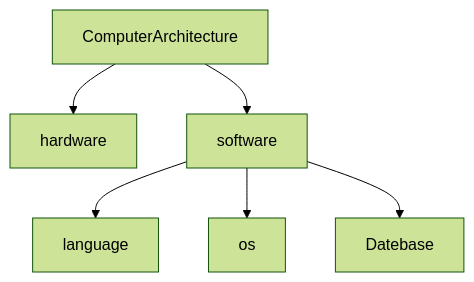
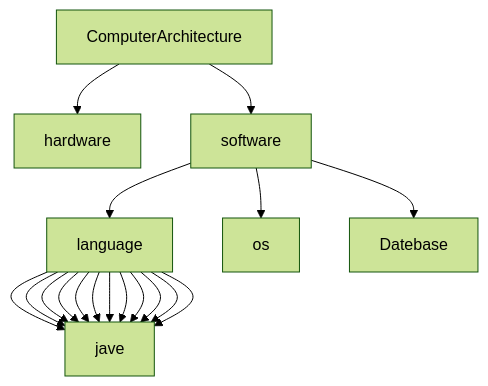
Before and after one commit to qmarsun/computer: the diagram in computer1.md, drawn with Mermaid (forest theme). The commit also changed other lines of this file, not shown here.

````diff
--- a/computer1.md
+++ b/computer1.md
@@ -1,10 +1,22 @@
 ```mermaid
 graph TD;
     ComputerArchitecture-->hardware;
     ComputerArchitecture-->software;
     
     software-->language;
     software-->os;
     software-->Datebase;
-    
-```
+    language-->jave
+    language-->jave
+    language-->jave
+    language-->jave
+    language-->jave
+    language-->jave
+
+    language-->jave
+    language-->jave
+    language-->jave
+    language-->jave
+    language-->jave
+    language-->jave
+``` 
````
